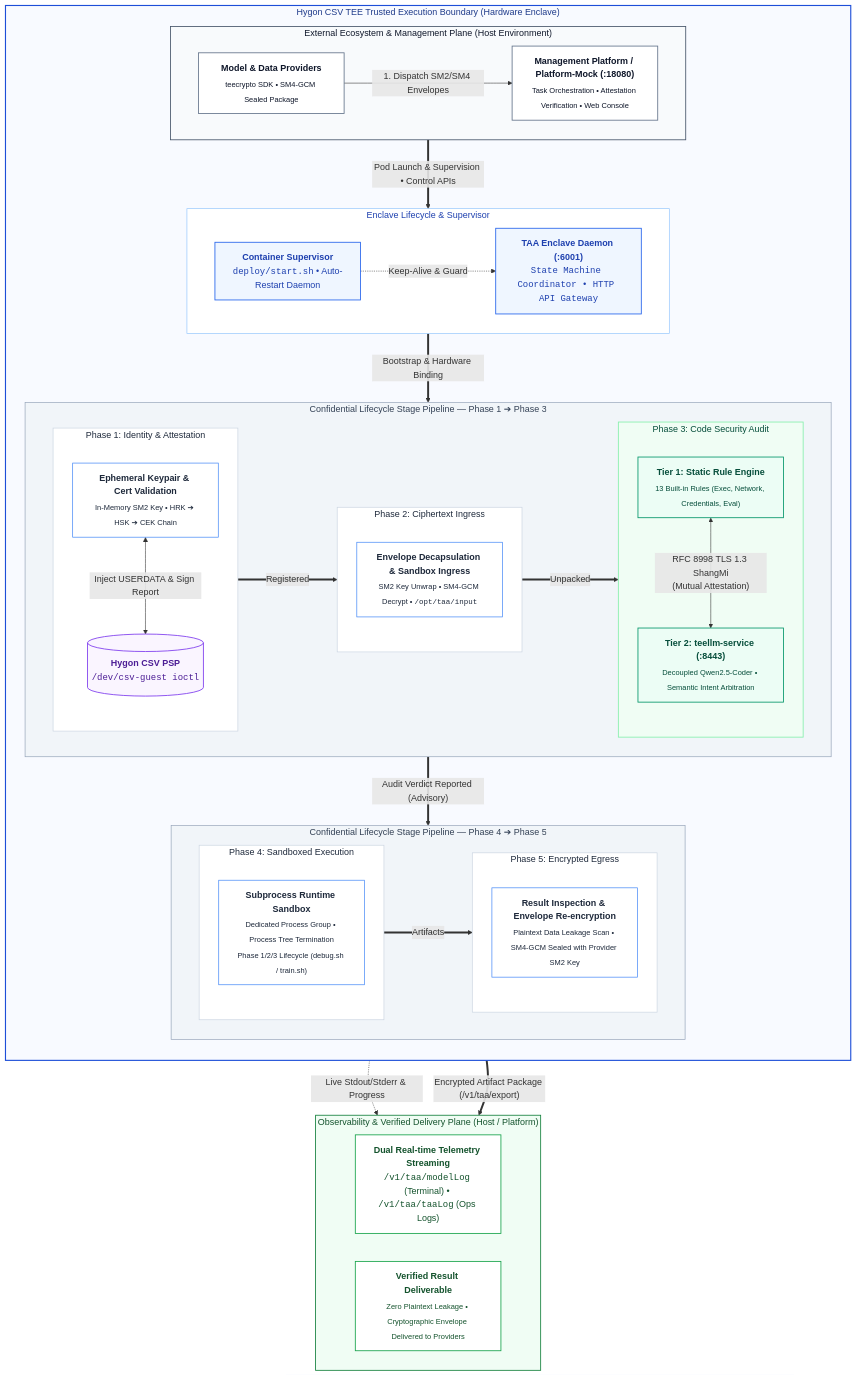
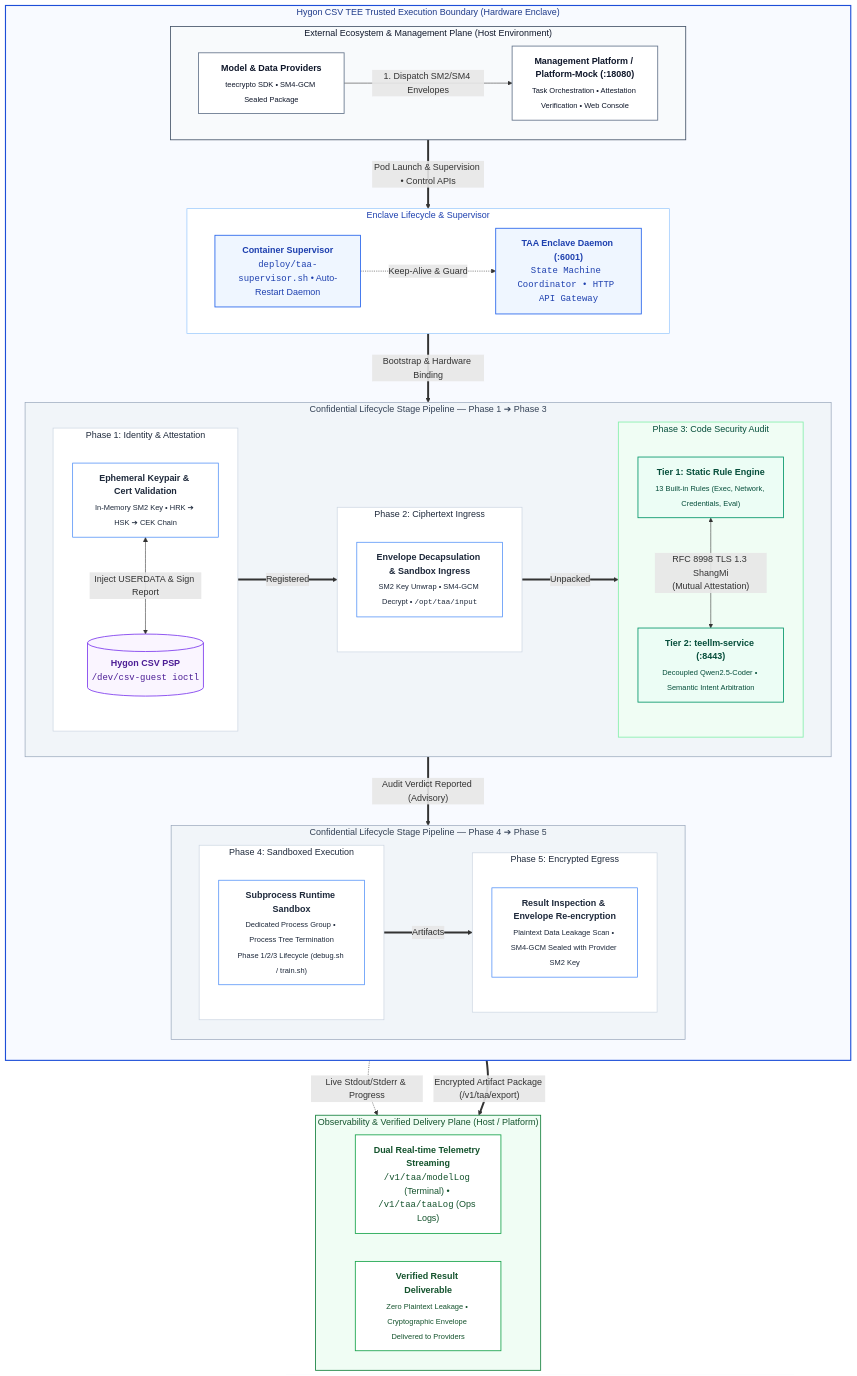
The diagram in README.md (CipherSlinger/taa), drawn with Mermaid before and after one commit. The commit also changed other lines of this file and 5 other files, not shown here.

First line of the commit message:
refactor(deploy): rename supervisors to a single <target>-supervisor scheme

```diff
--- a/README.md
+++ b/README.md
@@ -39,7 +39,7 @@
 
         subgraph EnclaveMgmt["Enclave Lifecycle & Supervisor"]
             direction LR
-            Supervisor["<b>Container Supervisor</b><br/><code>deploy/start.sh</code> • Auto-Restart Daemon"]
+            Supervisor["<b>Container Supervisor</b><br/><code>deploy/taa-supervisor.sh</code> • Auto-Restart Daemon"]
             TAA["<b>TAA Enclave Daemon (:6001)</b><br/><code>State Machine Coordinator • HTTP API Gateway</code>"]
             Supervisor -.->|"Keep-Alive & Guard"| TAA
         end
```
